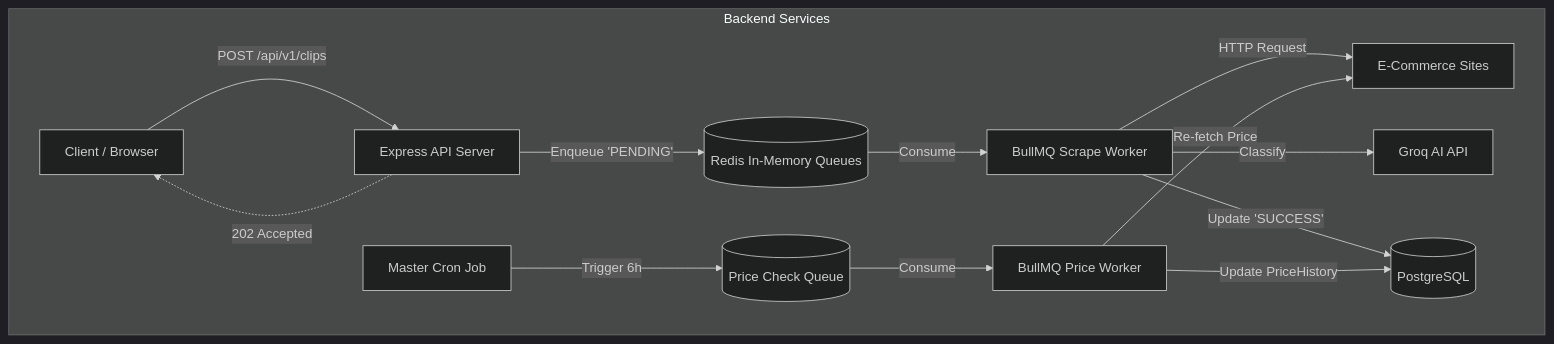
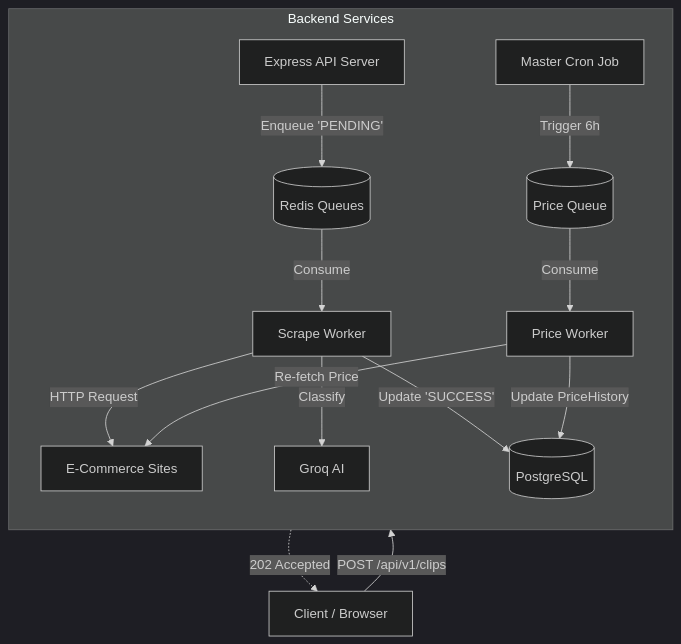
Before and after one commit to avi-071-coder/GiftGrid: the diagram in README.md, drawn with Mermaid (dark theme).

Commit message:
documentation updation

````diff
--- a/README.md
+++ b/README.md
@@ -23,19 +23,20 @@
 ```mermaid
-graph TD
+flowchart TB
     Client[Client / Browser] -->|POST /api/v1/clips| API[Express API Server]
+    API -.->|202 Accepted| Client
     
     subgraph Backend Services
-        API -->|Enqueue 'PENDING'| RedisQueue[(Redis In-Memory Queues)]
-        API -.->|202 Accepted| Client
+        direction TB
+        API -->|Enqueue 'PENDING'| RedisQueue[(Redis Queues)]
         
-        RedisQueue -->|Consume| ScrapeWorker[BullMQ Scrape Worker]
+        RedisQueue -->|Consume| ScrapeWorker[Scrape Worker]
         ScrapeWorker -->|HTTP Request| Vendor[E-Commerce Sites]
-        ScrapeWorker -->|Classify| Groq[Groq AI API]
+        ScrapeWorker -->|Classify| Groq[Groq AI]
         ScrapeWorker -->|Update 'SUCCESS'| DB[(PostgreSQL)]
         
-        Cron[Master Cron Job] -->|Trigger 6h| PriceQueue[(Price Check Queue)]
-        PriceQueue -->|Consume| PriceWorker[BullMQ Price Worker]
+        Cron[Master Cron Job] -->|Trigger 6h| PriceQueue[(Price Queue)]
+        PriceQueue -->|Consume| PriceWorker[Price Worker]
         PriceWorker -->|Re-fetch Price| Vendor
         PriceWorker -->|Update PriceHistory| DB
     end
 ```
````
